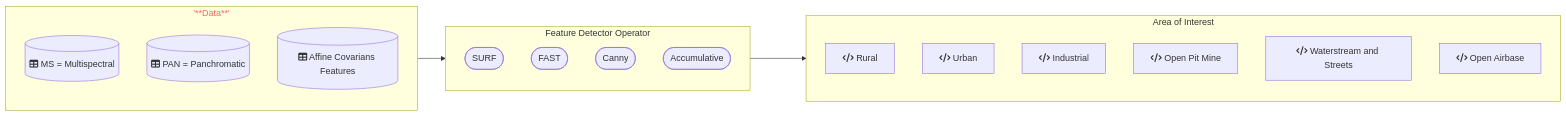
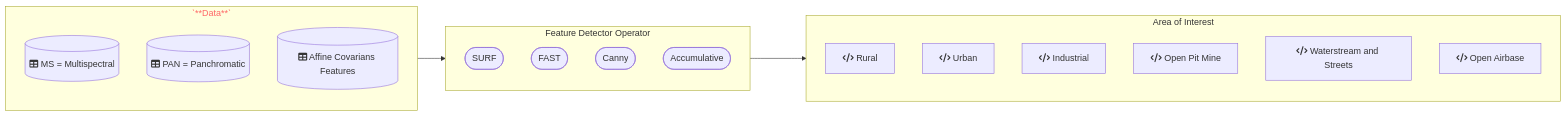
Before and after one commit to DippoldEJ/Feature-Detection-and-Explanation: the diagram in Application/README.md, drawn with Mermaid.

````diff
--- a/Application/README.md
+++ b/Application/README.md
@@ -13,31 +13,31 @@
 ```mermaid
 flowchart LR;
 
- subgraph n["'**Data**'"]
+ subgraph n["ˋ**Data**ˋ"]
         g[(fa:fa-table MS = Multispectral)]
         h[(fa:fa-table PAN = Panchromatic)]
         i[(fa:fa-table Affine Covarians Features)]
     end
 
  subgraph o[Feature Detector Operator]
         j([SURF])
         k([FAST])
         l([Canny])
         m([Accumulative])
     end
 
 subgraph p[Area of Interest]
     a[fa:fa-code Rural]
     b[fa:fa-code Urban]
     c[fa:fa-code Industrial]
     d[fa:fa-code Open Pit Mine]
     e[fa:fa-code Waterstream and Streets]
     f[fa:fa-code Open Airbase]
     end
 
 style n color:#f66
 
 n-->o
 o-->p
 
 ```
````
